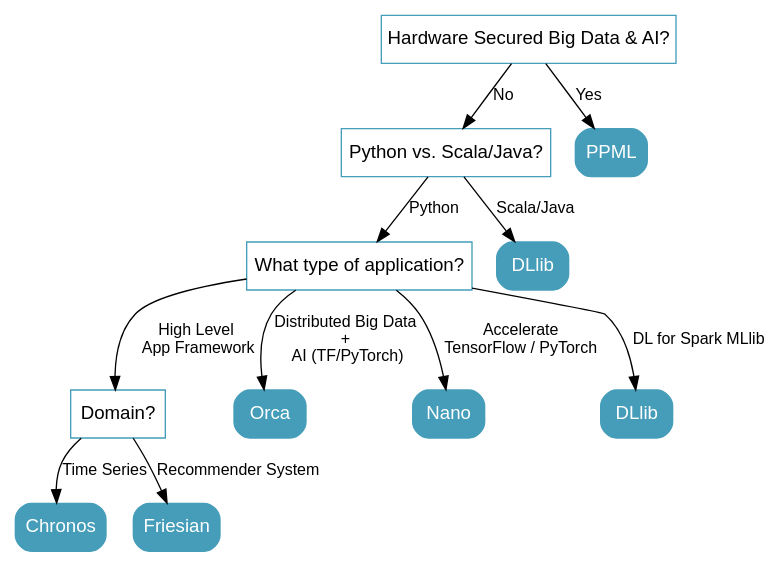
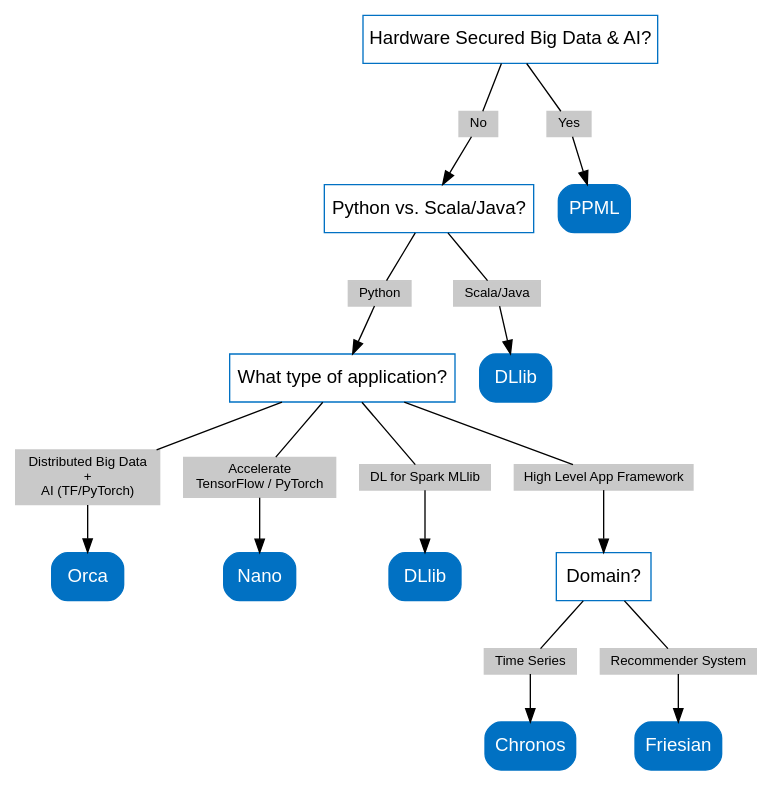
Before and after one commit to intel-analytics/ipex-llm: the diagram in docs/readthedocs/source/index.rst, drawn with Graphviz.

Commit message:
Update BigDL library selection decision tree

```diff
--- a/docs/readthedocs/source/index.rst
+++ b/docs/readthedocs/source/index.rst
@@ -18,33 +18,53 @@
 .. graphviz::
 
     digraph BigDLDecisionTree {
-        node [color="#459db9" shape="box" fontname="Arial" fontsize=14]
-        edge [fontname="Arial" fontsize=12]
+        node [color="#0171c3" shape=box fontname="Arial" fontsize=14]
         
         Feature1 [label="Hardware Secured Big Data & AI?"]
         Feature2 [label="Python vs. Scala/Java?"]
         Feature3 [label="What type of application?"]
         Feature4 [label="Domain?"]
         
-        Orca[href="../doc/Orca/index.html" target="_blank" target="_blank" style="rounded,filled" fillcolor="#459db9" fontcolor="#ffffff"]
-        Nano[href="../doc/Nano/index.html" target="_blank" target="_blank" style="rounded,filled" fillcolor="#459db9" fontcolor="#ffffff"]
-        DLlib1[label="DLlib" href="../doc/DLlib/index.html" target="_blank" style="rounded,filled" fillcolor="#459db9" fontcolor="#ffffff"]
-        DLlib2[label="DLlib" href="../doc/DLlib/index.html" target="_blank" style="rounded,filled" fillcolor="#459db9" fontcolor="#ffffff"]
-        Chronos[href="../doc/Chronos/index.html" target="_blank" style="rounded,filled" fillcolor="#459db9" fontcolor="#ffffff"]
-        Friesian[href="../doc/Friesian/index.html" target="_blank" style="rounded,filled" fillcolor="#459db9" fontcolor="#ffffff"]
-        PPML[href="../doc/PPML/index.html" target="_blank" style="rounded,filled" fillcolor="#459db9" fontcolor="#ffffff"]
+        Orca[href="../doc/Orca/index.html" target="_blank" target="_blank" style="rounded,filled" fontcolor="#ffffff"]
+        Nano[href="../doc/Nano/index.html" target="_blank" target="_blank" style="rounded,filled" fontcolor="#ffffff"]
+        DLlib1[label="DLlib" href="../doc/DLlib/index.html" target="_blank" style="rounded,filled" fontcolor="#ffffff"]
+        DLlib2[label="DLlib" href="../doc/DLlib/index.html" target="_blank" style="rounded,filled" fontcolor="#ffffff"]
+        Chronos[href="../doc/Chronos/index.html" target="_blank" style="rounded,filled" fontcolor="#ffffff"]
+        Friesian[href="../doc/Friesian/index.html" target="_blank" style="rounded,filled" fontcolor="#ffffff"]
+        PPML[href="../doc/PPML/index.html" target="_blank" style="rounded,filled" fontcolor="#ffffff"]
         
-        Feature1 -> Feature2[label="No"]
-        Feature1 -> PPML[label="Yes"]
+        ArrowLabel1[label="No" fontsize=10 width=0.1 height=0.1 style=filled color="#c9c9c9"]
+        ArrowLabel2[label="Yes" fontsize=10 width=0.1 height=0.1 style=filled color="#c9c9c9"]
+        ArrowLabel3[label="Python" fontsize=10 width=0.1 height=0.1 style=filled color="#c9c9c9"]
+        ArrowLabel4[label="Scala/Java" fontsize=10 width=0.1 height=0.1 style=filled color="#c9c9c9"]
+        ArrowLabel5[label="Distributed Big Data \n + \n AI (TF/PyTorch)" fontsize=10 width=0.1 height=0.1 style=filled color="#c9c9c9"]
+        ArrowLabel6[label="Accelerate \n TensorFlow / PyTorch" fontsize=10 width=0.1 height=0.1 style=filled color="#c9c9c9"]
+        ArrowLabel7[label="DL for Spark MLlib" fontsize=10 width=0.1 height=0.1 style=filled color="#c9c9c9"]
+        ArrowLabel8[label="High Level App Framework" fontsize=10 width=0.1 height=0.1 style=filled color="#c9c9c9"]
+        ArrowLabel9[label="Time Series" fontsize=10 width=0.1 height=0.1 style=filled color="#c9c9c9"]
+        ArrowLabel10[label="Recommender System" fontsize=10 width=0.1 height=0.1 style=filled color="#c9c9c9"]
         
-        Feature2 -> Feature3[label="Python"]
-        Feature2 -> DLlib1[label="Scala/Java"]
+        Feature1 -> ArrowLabel1[dir=none]
+        ArrowLabel1 -> Feature2
+        Feature1 -> ArrowLabel2[dir=none]
+        ArrowLabel2 -> PPML
         
-        Feature3 -> Orca[label="Distributed Big Data \n + \n  AI (TF/PyTorch)"]
-        Feature3 -> Nano[label="Accelerate \n TensorFlow / PyTorch"]
-        Feature3 -> DLlib2[label="DL for Spark MLlib"]
-        Feature3 -> Feature4[label="High Level \n  App Framework"]
+        Feature2 -> ArrowLabel3[dir=none]
+        ArrowLabel3 -> Feature3
+        Feature2 -> ArrowLabel4[dir=none]
+        ArrowLabel4 -> DLlib1
         
-        Feature4 -> Chronos[label="Time Series"]
-        Feature4 -> Friesian[label="Recommender System"]
+        Feature3 -> ArrowLabel5[dir=none]
+         ArrowLabel5 -> Orca
+        Feature3 -> ArrowLabel6[dir=none]
+        ArrowLabel6 -> Nano
+        Feature3 -> ArrowLabel7[dir=none]
+        ArrowLabel7 -> DLlib2
+        Feature3 -> ArrowLabel8[dir=none]
+        ArrowLabel8 -> Feature4
+        
+        Feature4 -> ArrowLabel9[dir=none]
+        ArrowLabel9 -> Chronos
+        Feature4 -> ArrowLabel10[dir=none]
+        ArrowLabel10 -> Friesian
     }
```
